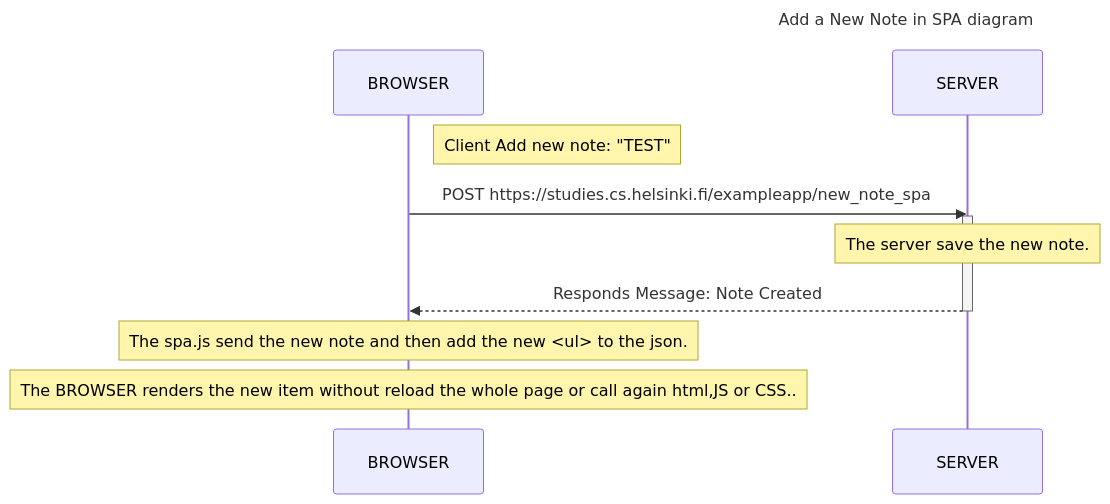
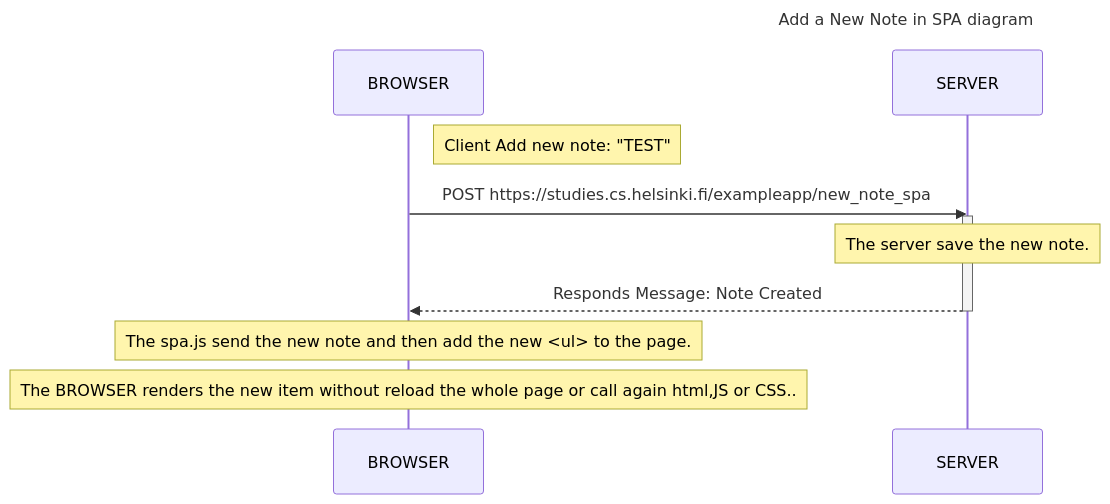
One commit to tonysk08/FullStackOpen-TONY changed the diagram in part0/Exercises_0.6.md. Above: the diagram before and after it, drawn with Mermaid.

Commit message:
las correction

````diff
--- a/part0/Exercises_0.6.md
+++ b/part0/Exercises_0.6.md
@@ -3,20 +3,20 @@
 ```mermaid
 sequenceDiagram
     Title: Add a New Note in SPA diagram 
 
     participant BROWSER
     participant SERVER
 
     Note right of BROWSER: Client Add new note: "TEST"
 
     BROWSER->>SERVER: POST https://studies.cs.helsinki.fi/exampleapp/new_note_spa
     activate SERVER
 
     Note over SERVER: The server save the new note.
 
     SERVER-->>BROWSER: Responds Message: Note Created
     deactivate SERVER
 
-    Note over BROWSER: The spa.js send the new note and then add the new <ul> to the json.
+    Note over BROWSER: The spa.js send the new note and then add the new <ul> to the page.
     Note over BROWSER: The BROWSER renders the new item without reload the whole page or call again html,JS or CSS..
 ```
````
